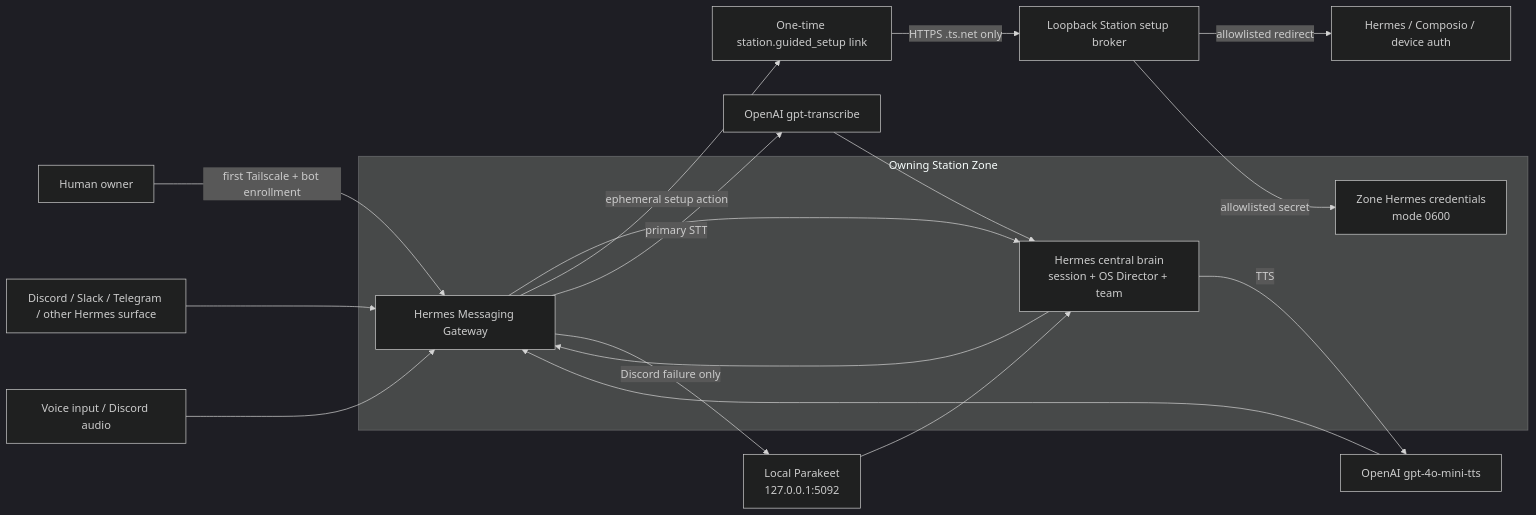
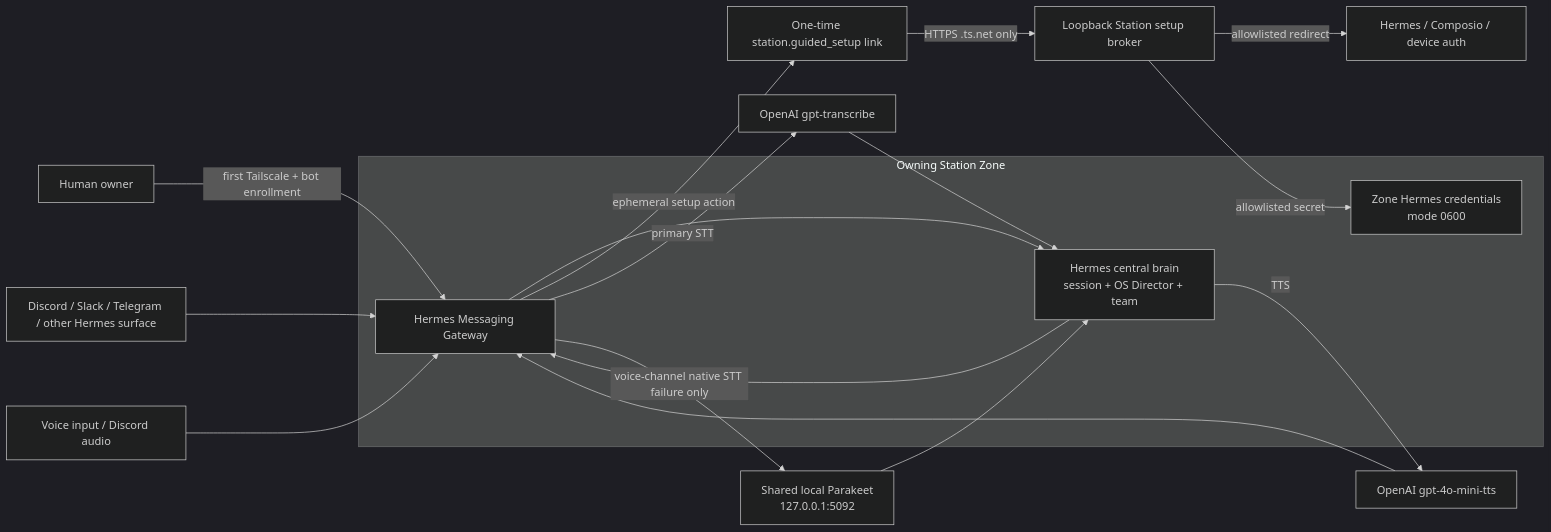
One commit to agentik-os/agentik-station changed the diagram in docs/diagrams/15_GUIDED_SETUP_AND_VOICE.mmd. Above: the diagram before and after it, drawn with Mermaid (dark theme). The commit also changed 14 other files, not shown here.

```diff
--- a/docs/diagrams/15_GUIDED_SETUP_AND_VOICE.mmd
+++ b/docs/diagrams/15_GUIDED_SETUP_AND_VOICE.mmd
@@ -1,24 +1,24 @@
 flowchart LR
     HUMAN[Human owner] -->|first Tailscale + bot enrollment| GATEWAY
     SURFACE[Discord / Slack / Telegram / other Hermes surface] --> GATEWAY
 
     subgraph ZONE[Owning Station Zone]
         GATEWAY[Hermes Messaging Gateway]
         BRAIN[Hermes central brain<br/>session + OS Director + team]
         CREDS[Zone Hermes credentials<br/>mode 0600]
         GATEWAY --> BRAIN
         BRAIN --> GATEWAY
     end
 
     GATEWAY -->|ephemeral setup action| LINK[One-time station.guided_setup link]
     LINK -->|HTTPS .ts.net only| BROKER[Loopback Station setup broker]
     BROKER -->|allowlisted secret| CREDS
     BROKER -->|allowlisted redirect| AUTH[Hermes / Composio / device auth]
 
     AUDIO[Voice input / Discord audio] --> GATEWAY
     GATEWAY -->|primary STT| OPENAI_STT[OpenAI gpt-transcribe]
-    GATEWAY -->|Discord failure only| PARAKEET[Local Parakeet<br/>127.0.0.1:5092]
+    GATEWAY -->|voice-channel native STT failure only| PARAKEET[Shared local Parakeet<br/>127.0.0.1:5092]
     OPENAI_STT --> BRAIN
     PARAKEET --> BRAIN
     BRAIN -->|TTS| OPENAI_TTS[OpenAI gpt-4o-mini-tts]
     OPENAI_TTS --> GATEWAY
```
